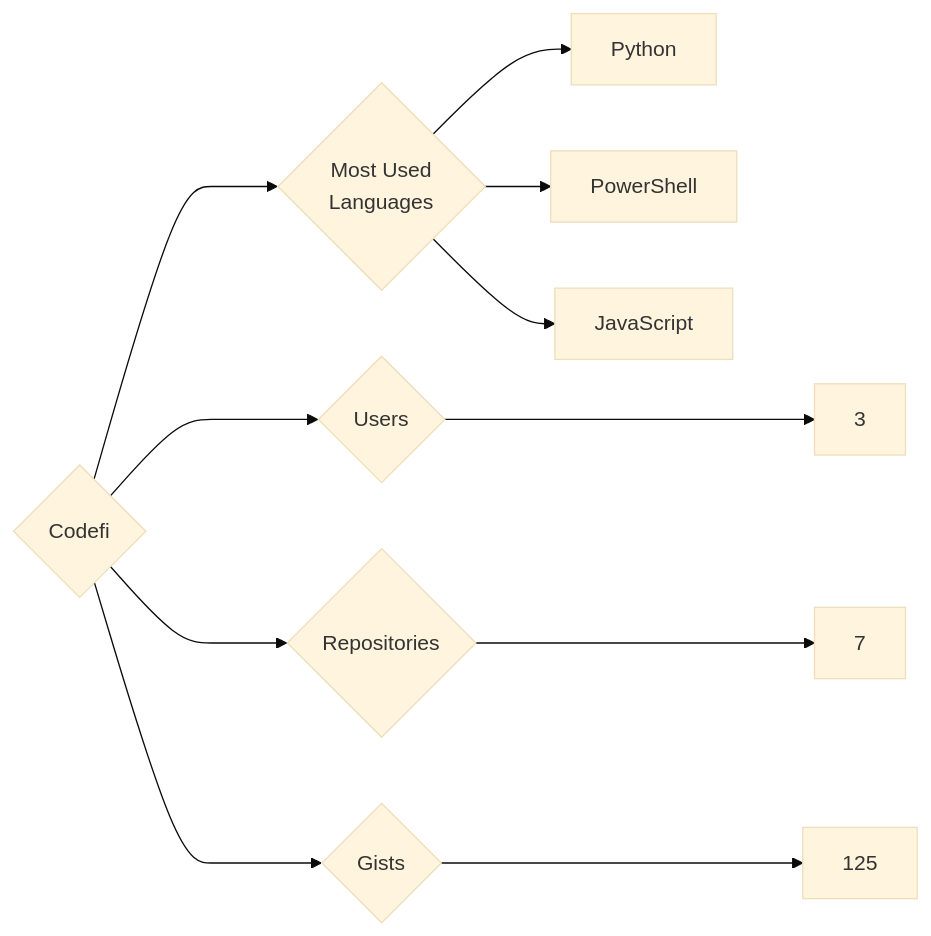
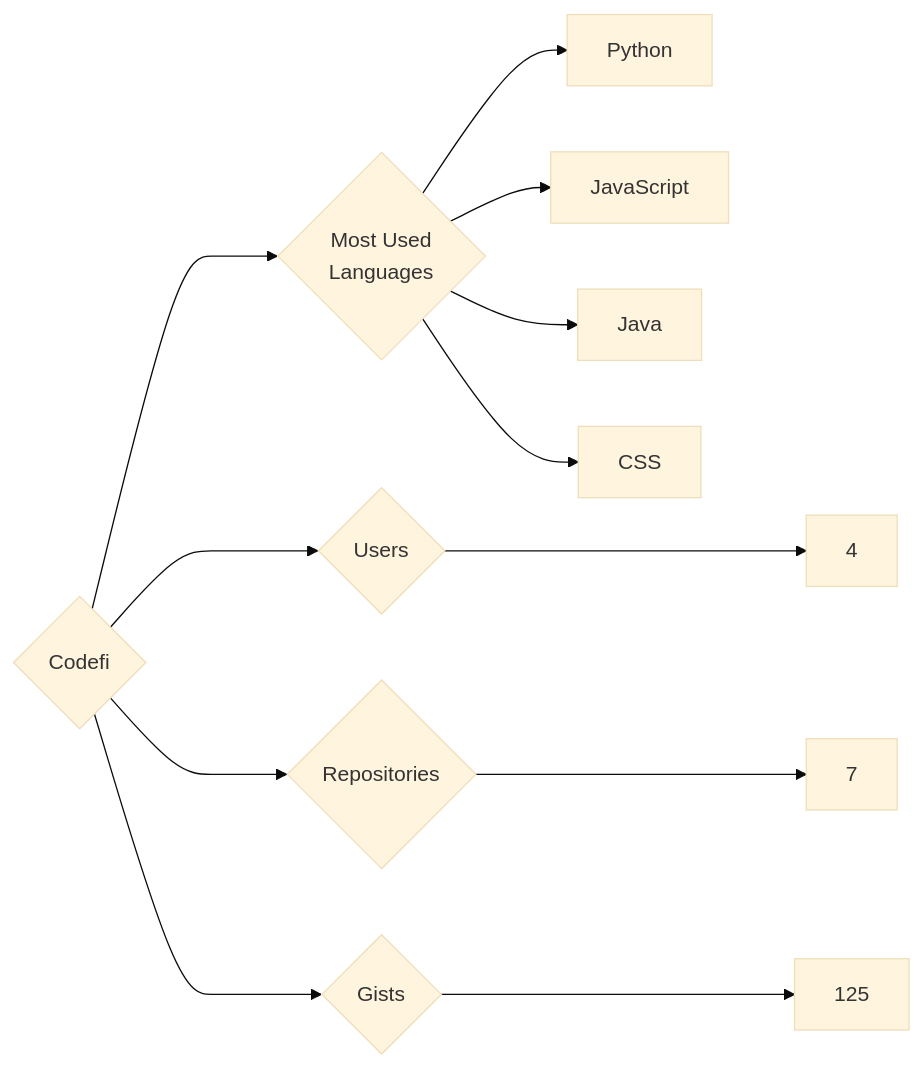
The diagram in targets/Codefi/README.md (trickest/insiders), drawn with Mermaid (base theme) before and after one commit. The commit also changed 682 other files, not shown here.

````diff
--- a/targets/Codefi/README.md
+++ b/targets/Codefi/README.md
@@ -3,11 +3,12 @@
 ```mermaid
 graph LR
 COMPANY_NAME{Codefi}
-COMPANY_NAME ---> U{Users} ---> UN[3]
+COMPANY_NAME ---> U{Users} ---> UN[4]
 COMPANY_NAME ---> R{Repositories} ---> RN[7]
 COMPANY_NAME ---> G{Gists} ---> GN[125]
 COMPANY_NAME ---> ML{Most Used<br>Languages}
 ML --> Python[Python]
-ML --> PowerShell[PowerShell]
 ML --> JavaScript[JavaScript]
+ML --> Java[Java]
+ML --> CSS[CSS]
 ```
````
